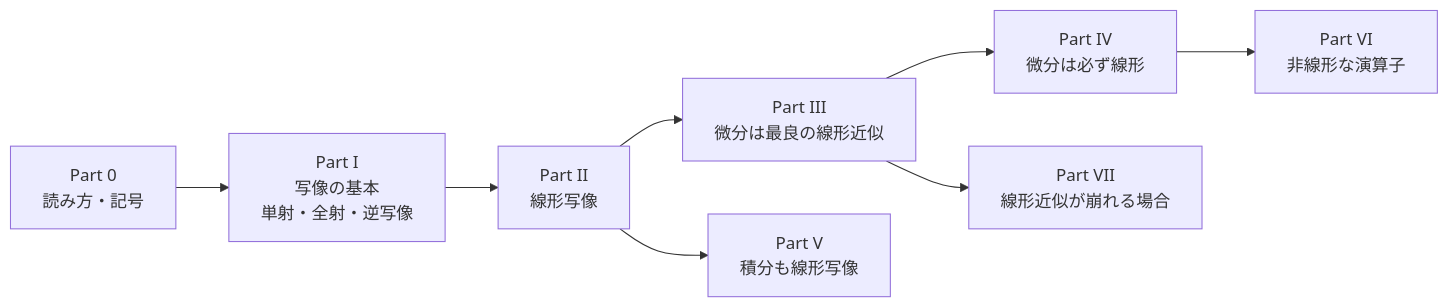
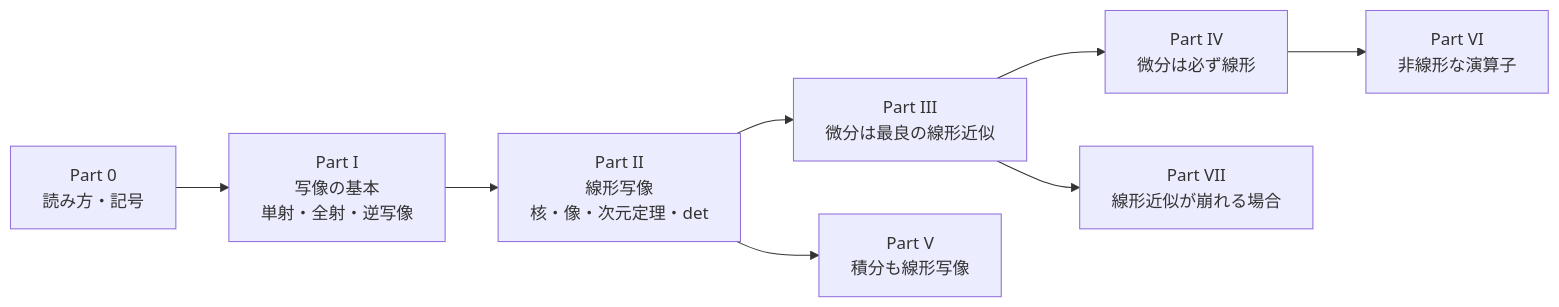
One commit to kazuma0606/quantum-study changed the diagram in 研究ノート/01_基礎・ベクトル解析/functions_linear_maps_derivatives_integrals.md. Above: the diagram before and after it, drawn with Mermaid. The commit also changed other lines of this file and 2 other files, not shown here.

First line of the commit message:
Expand Part II of the functions/linear maps note: kernel, image, rank-nullity

````diff
--- a/研究ノート/01_基礎・ベクトル解析/functions_linear_maps_derivatives_integrals.md
+++ b/研究ノート/01_基礎・ベクトル解析/functions_linear_maps_derivatives_integrals.md
@@ -87,16 +95,16 @@
 ```mermaid
 flowchart LR
     P0["Part 0<br/>読み方・記号"]
     P1["Part I<br/>写像の基本<br/>単射・全射・逆写像"]
-    P2["Part II<br/>線形写像"]
+    P2["Part II<br/>線形写像<br/>核・像・次元定理・det"]
     P3["Part III<br/>微分は最良の線形近似"]
     P4["Part IV<br/>微分は必ず線形"]
     P5["Part V<br/>積分も線形写像"]
     P6["Part VI<br/>非線形な演算子"]
     P7["Part VII<br/>線形近似が崩れる場合"]
 
     P0 --> P1 --> P2 --> P3 --> P4
     P2 --> P5
     P4 --> P6
     P3 --> P7
 ```
````
